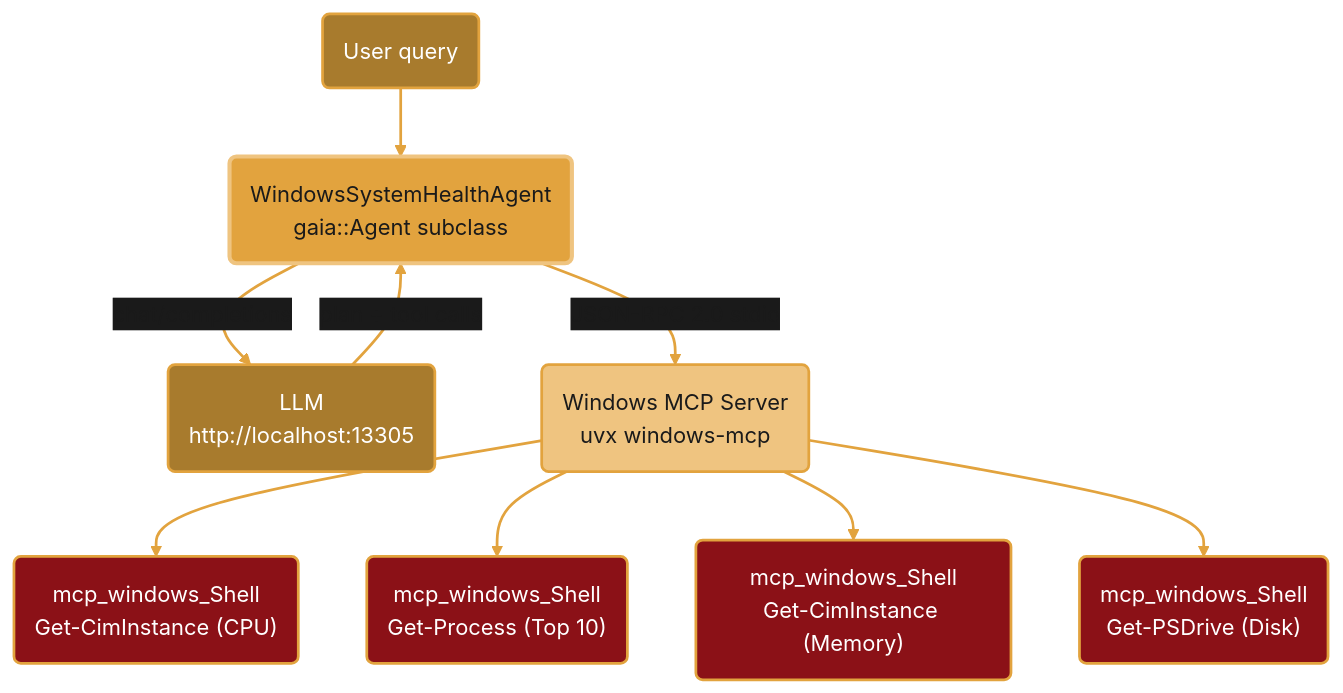
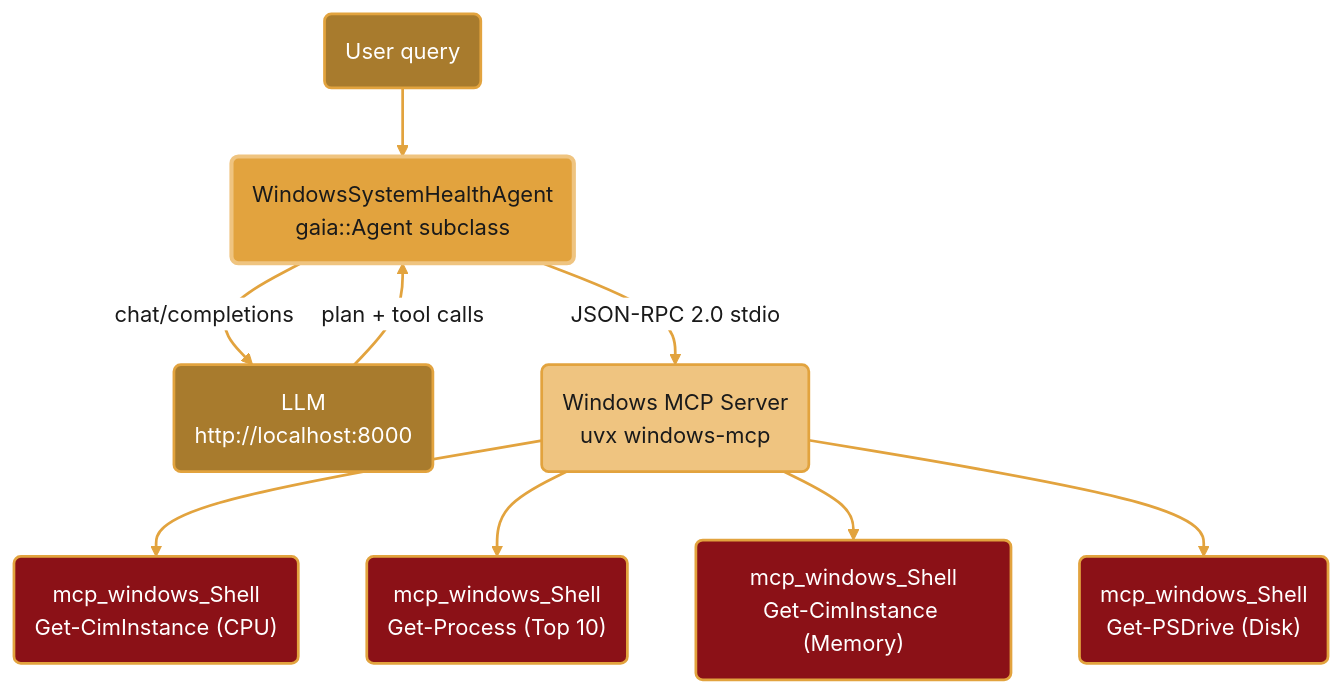
One commit to amd/gaia changed the diagram in docs/cpp/health-agent.mdx. Above: the diagram before and after it, drawn with Mermaid. The commit also changed 43 other files, not shown here.

First line of the commit message:
docs: documentation audit pass 1 — accuracy, dark-mode diagrams, persona review

````diff
--- a/docs/cpp/health-agent.mdx
+++ b/docs/cpp/health-agent.mdx
@@ -107,29 +107,29 @@
 ```mermaid
-%%{init: {'theme':'base', 'themeVariables': { 'primaryColor':'#E2A33E', 'fontSize':'16px', 'lineColor':'#E2A33E', 'primaryTextColor':'#1a1a1a', 'edgeLabelBackground':'#1a1a1a'}, 'flowchart': {'curve': 'basis'}}}%%
+%%{init: {'theme':'base', 'themeVariables': { 'primaryColor':'#E2A33E', 'primaryTextColor':'#1a1a1a', 'primaryBorderColor':'#A87B2D', 'lineColor':'#A87B2D', 'edgeLabelBackground':'#ffffff', 'fontFamily':'system-ui, -apple-system, sans-serif'}, 'flowchart': {'curve': 'basis'}}}%%
 graph TB
     User("User query")
     Agent("WindowsSystemHealthAgent<br/>gaia::Agent subclass")
-    LLM("LLM<br/>http://localhost:13305")
+    LLM("LLM<br/>http://localhost:8000")
     MCP("Windows MCP Server<br/>uvx windows-mcp")
 
     User --> Agent
     Agent -->|"chat/completions"| LLM
     LLM -->|"plan + tool calls"| Agent
     Agent -->|"JSON-RPC 2.0 stdio"| MCP
 
     MCP --> Shell1("mcp_windows_Shell<br/>Get-CimInstance (CPU)")
     MCP --> Shell2("mcp_windows_Shell<br/>Get-Process (Top 10)")
     MCP --> Shell3("mcp_windows_Shell<br/>Get-CimInstance (Memory)")
     MCP --> Shell4("mcp_windows_Shell<br/>Get-PSDrive (Disk)")
 
     style User fill:#A87B2D,stroke:#E2A33E,stroke-width:2px,color:#fff
     style Agent fill:#E2A33E,stroke:#EFC480,stroke-width:3px,color:#1a1a1a
     style LLM fill:#A87B2D,stroke:#E2A33E,stroke-width:2px,color:#fff
     style MCP fill:#EFC480,stroke:#E2A33E,stroke-width:2px,color:#1a1a1a
     style Shell1 fill:#8B1117,stroke:#E2A33E,stroke-width:2px,color:#fff
     style Shell2 fill:#8B1117,stroke:#E2A33E,stroke-width:2px,color:#fff
     style Shell3 fill:#8B1117,stroke:#E2A33E,stroke-width:2px,color:#fff
     style Shell4 fill:#8B1117,stroke:#E2A33E,stroke-width:2px,color:#fff
 
     linkStyle default stroke:#E2A33E,stroke-width:2px
 ```
````
